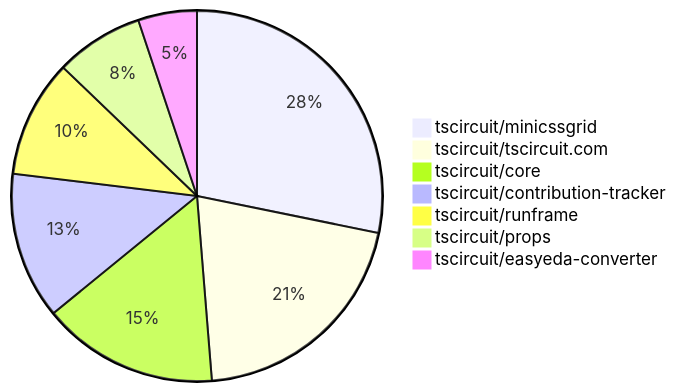
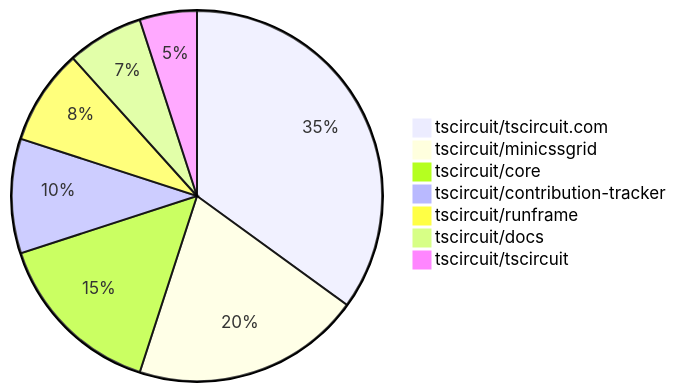
Before and after one commit to tscircuit/contribution-tracker: the second of 2 diagrams in README.md, drawn with Mermaid. The commit also changed other lines of this file and 3 other files, not shown here.

````diff
--- a/README.md
+++ b/README.md
@@ -93,10 +97,10 @@
 ```mermaid
 pie
-    "tscircuit/minicssgrid" : 11
-    "tscircuit/tscircuit.com" : 8
-    "tscircuit/core" : 6
-    "tscircuit/contribution-tracker" : 5
-    "tscircuit/runframe" : 4
-    "tscircuit/props" : 3
-    "tscircuit/easyeda-converter" : 2
+    "tscircuit/tscircuit.com" : 21
+    "tscircuit/minicssgrid" : 12
+    "tscircuit/core" : 9
+    "tscircuit/contribution-tracker" : 6
+    "tscircuit/runframe" : 5
+    "tscircuit/docs" : 4
+    "tscircuit/tscircuit" : 3
 ```
````
